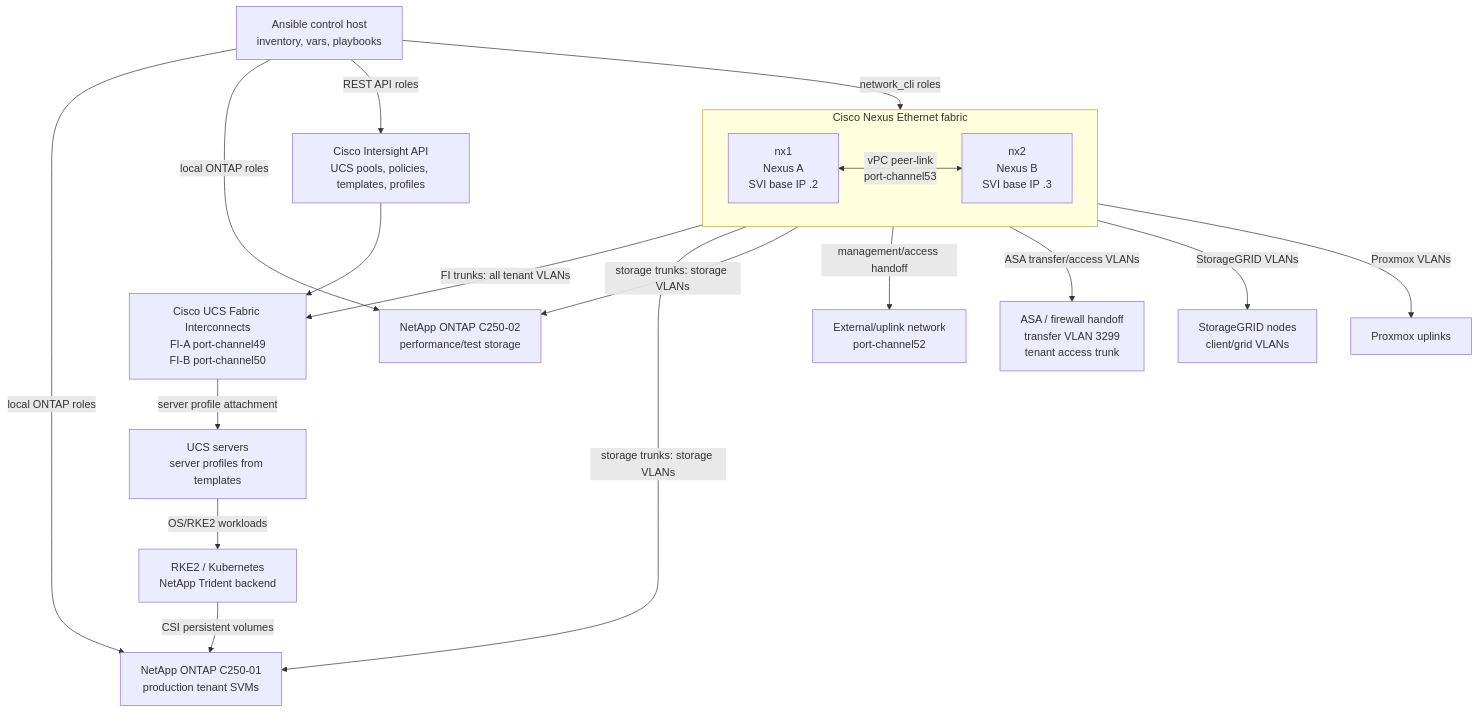
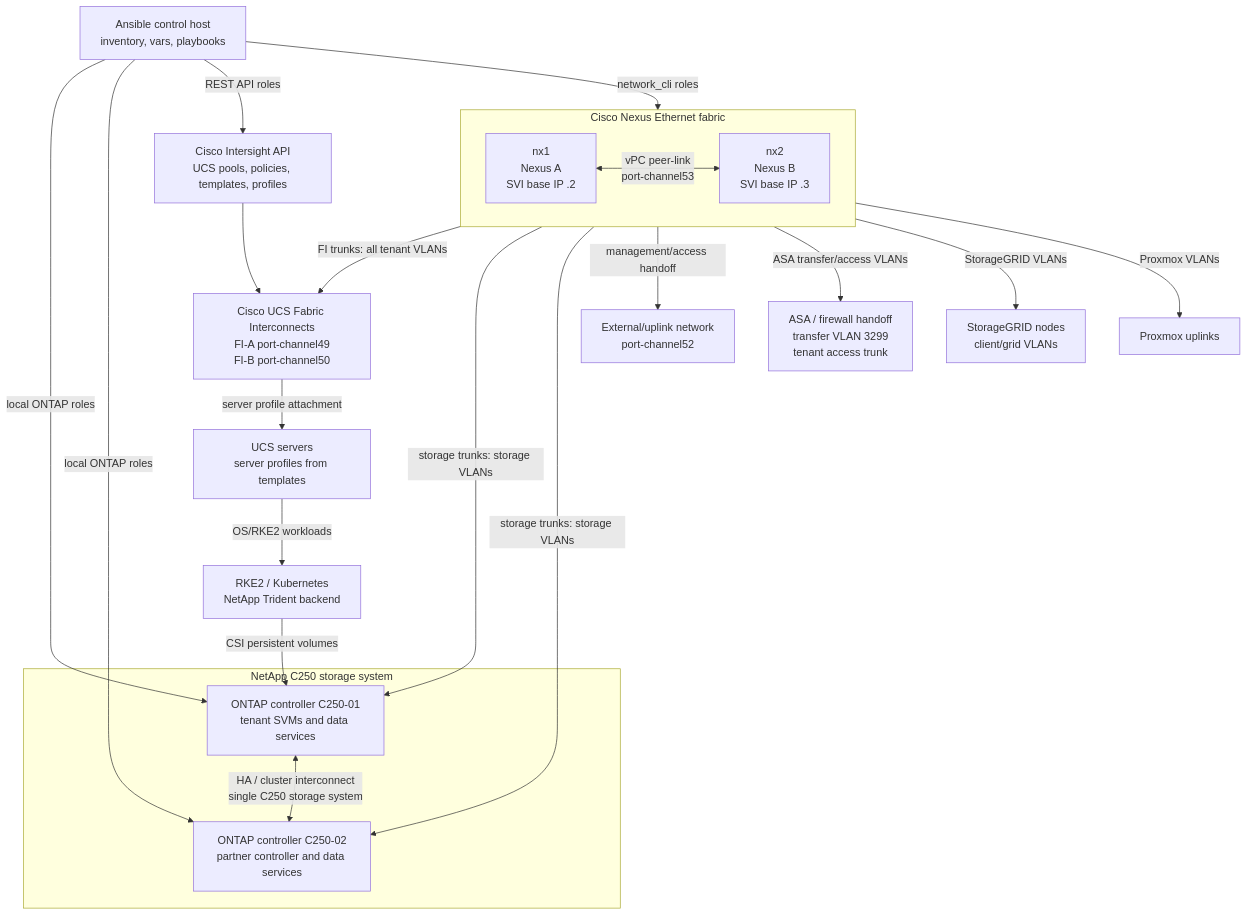
Before and after one commit to ukleidon/FlexPod-IMM-Rancher: the first of 3 diagrams in docs/architecture-overview.md, drawn with Mermaid. The commit also changed other lines of this file and 1 other file, not shown here.

Commit message:
Show C250 controller relationship in architecture diagram

````diff
--- a/docs/architecture-overview.md
+++ b/docs/architecture-overview.md
@@ -21,37 +21,40 @@
 ```mermaid
 flowchart TB
   operator["Ansible control host<br/>inventory, vars, playbooks"]
   intersight["Cisco Intersight API<br/>UCS pools, policies, templates, profiles"]
 
   subgraph ethernet["Cisco Nexus Ethernet fabric"]
     nx1["nx1<br/>Nexus A<br/>SVI base IP .2"]
     nx2["nx2<br/>Nexus B<br/>SVI base IP .3"]
     nx1 <-->|"vPC peer-link<br/>port-channel53"| nx2
   end
 
   upstream["External/uplink network<br/>port-channel52"]
   asa["ASA / firewall handoff<br/>transfer VLAN 3299<br/>tenant access trunk"]
   fi["Cisco UCS Fabric Interconnects<br/>FI-A port-channel49<br/>FI-B port-channel50"]
   ucs["UCS servers<br/>server profiles from templates"]
-  ontap1["NetApp ONTAP C250-01<br/>production tenant SVMs"]
-  ontap2["NetApp ONTAP C250-02<br/>performance/test storage"]
+  subgraph c250["NetApp C250 storage system"]
+    ontap1["ONTAP controller C250-01<br/>tenant SVMs and data services"]
+    ontap2["ONTAP controller C250-02<br/>partner controller and data services"]
+    ontap1 <-->|"HA / cluster interconnect<br/>single C250 storage system"| ontap2
+  end
   sg["StorageGRID nodes<br/>client/grid VLANs"]
   proxmox["Proxmox uplinks"]
   k8s["RKE2 / Kubernetes<br/>NetApp Trident backend"]
 
   operator -->|"network_cli roles"| ethernet
   operator -->|"local ONTAP roles"| ontap1
   operator -->|"local ONTAP roles"| ontap2
   operator -->|"REST API roles"| intersight
   intersight --> fi
   fi -->|"server profile attachment"| ucs
   ethernet -->|"FI trunks: all tenant VLANs"| fi
   ethernet -->|"storage trunks: storage VLANs"| ontap1
   ethernet -->|"storage trunks: storage VLANs"| ontap2
   ethernet -->|"management/access handoff"| upstream
   ethernet -->|"ASA transfer/access VLANs"| asa
   ethernet -->|"StorageGRID VLANs"| sg
   ethernet -->|"Proxmox VLANs"| proxmox
   k8s -->|"CSI persistent volumes"| ontap1
   ucs -->|"OS/RKE2 workloads"| k8s
 ```
````
